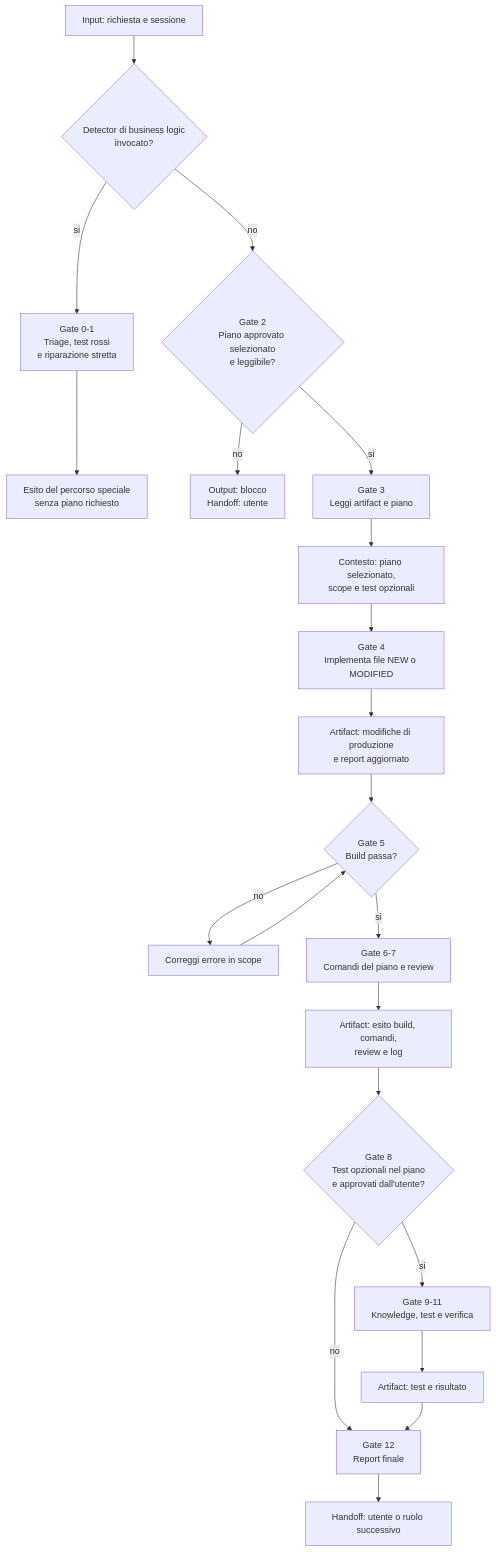
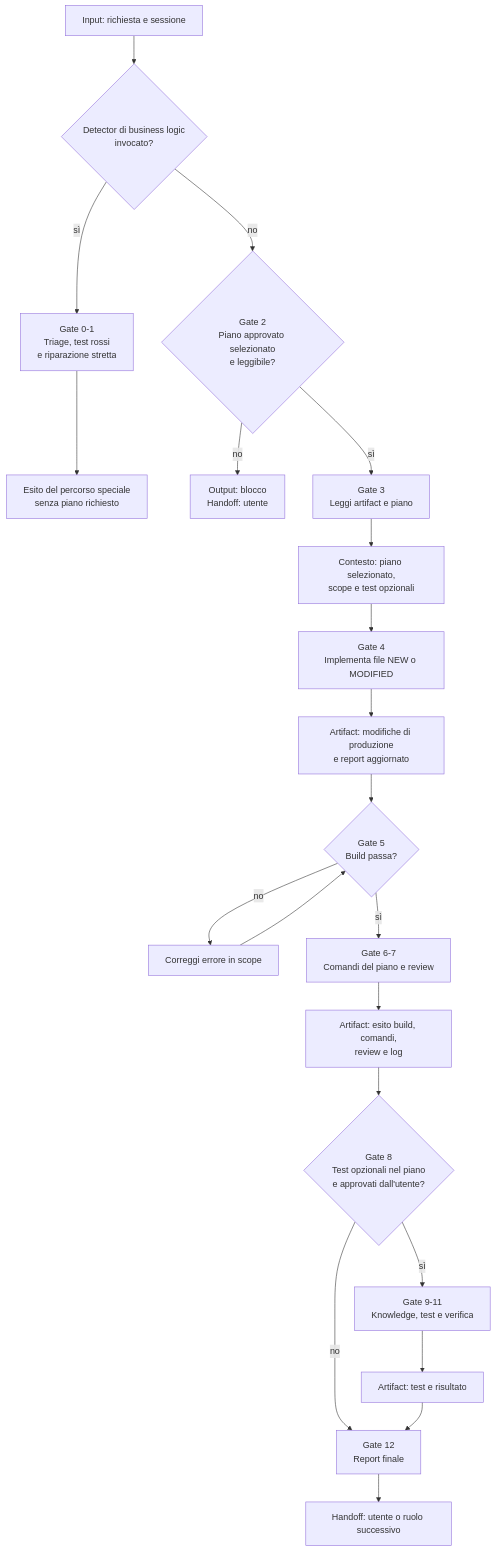
The diagram in role-maps/agents/implementor.md (violabg/agentic-system-lessons), drawn with Mermaid before and after one commit. The commit also changed other lines of this file and 51 other files, not shown here.

````diff
--- a/role-maps/agents/implementor.md
+++ b/role-maps/agents/implementor.md
@@ -15,23 +17,23 @@
 ```mermaid
 flowchart TD
     Request[Input: richiesta e sessione] --> Special{Detector di business logic<br/>invocato?}
-    Special -->|si| G0[Gate 0-1<br/>Triage, test rossi<br/>e riparazione stretta]
+    Special -->|sì| G0[Gate 0-1<br/>Triage, test rossi<br/>e riparazione stretta]
     G0 --> SpecialResult[Esito del percorso speciale<br/>senza piano richiesto]
     Special -->|no| G2{Gate 2<br/>Piano approvato selezionato<br/>e leggibile?}
     G2 -->|no| Block[Output: blocco<br/>Handoff: utente]
-    G2 -->|si| G3[Gate 3<br/>Leggi artifact e piano]
+    G2 -->|sì| G3[Gate 3<br/>Leggi artifact e piano]
     G3 --> Intake[Contesto: piano selezionato,<br/>scope e test opzionali]
     Intake --> G4[Gate 4<br/>Implementa file NEW o MODIFIED]
     G4 --> Changes[Artifact: modifiche di produzione<br/>e report aggiornato]
     Changes --> G5{Gate 5<br/>Build passa?}
     G5 -->|no| Repair[Correggi errore in scope]
     Repair --> G5
-    G5 -->|si| G6[Gate 6-7<br/>Comandi del piano e review]
+    G5 -->|sì| G6[Gate 6-7<br/>Comandi del piano e review]
     G6 --> Evidence[Artifact: esito build, comandi,<br/>review e log]
     Evidence --> G8{Gate 8<br/>Test opzionali nel piano<br/>e approvati dall'utente?}
-    G8 -->|si| G9[Gate 9-11<br/>Knowledge, test e verifica]
+    G8 -->|sì| G9[Gate 9-11<br/>Knowledge, test e verifica]
     G9 --> TestEvidence[Artifact: test e risultato]
     G8 -->|no| G12
     TestEvidence --> G12[Gate 12<br/>Report finale]
     G12 --> Handoff[Handoff: utente o ruolo successivo]
 ```
````
